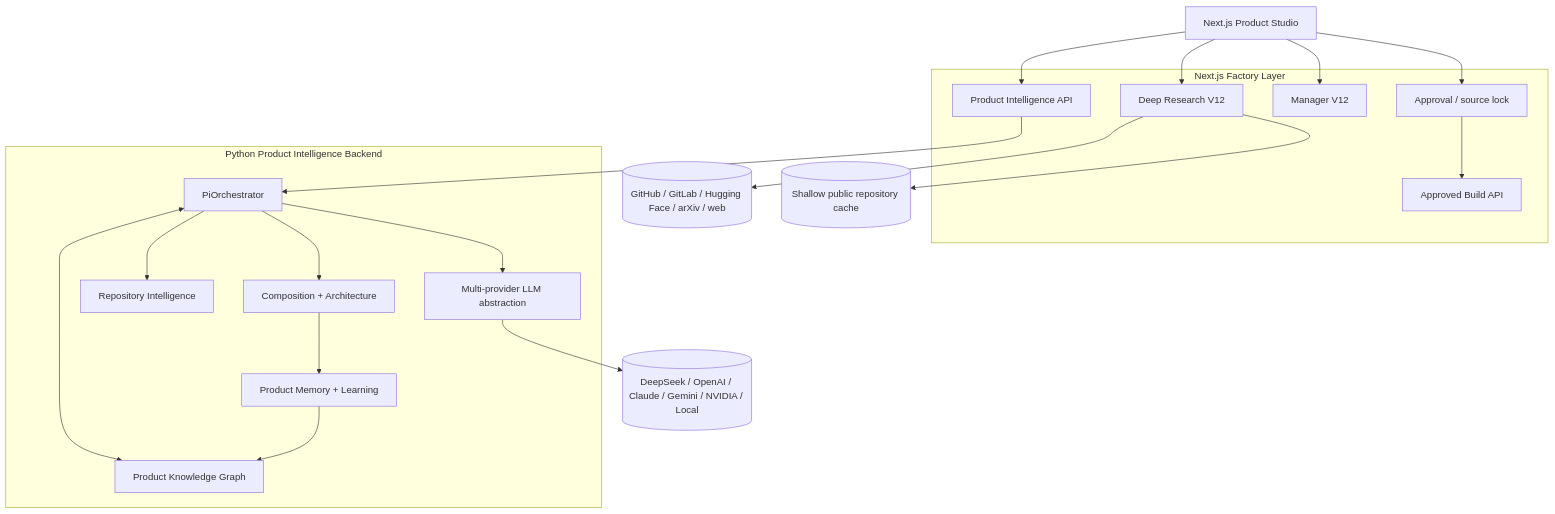
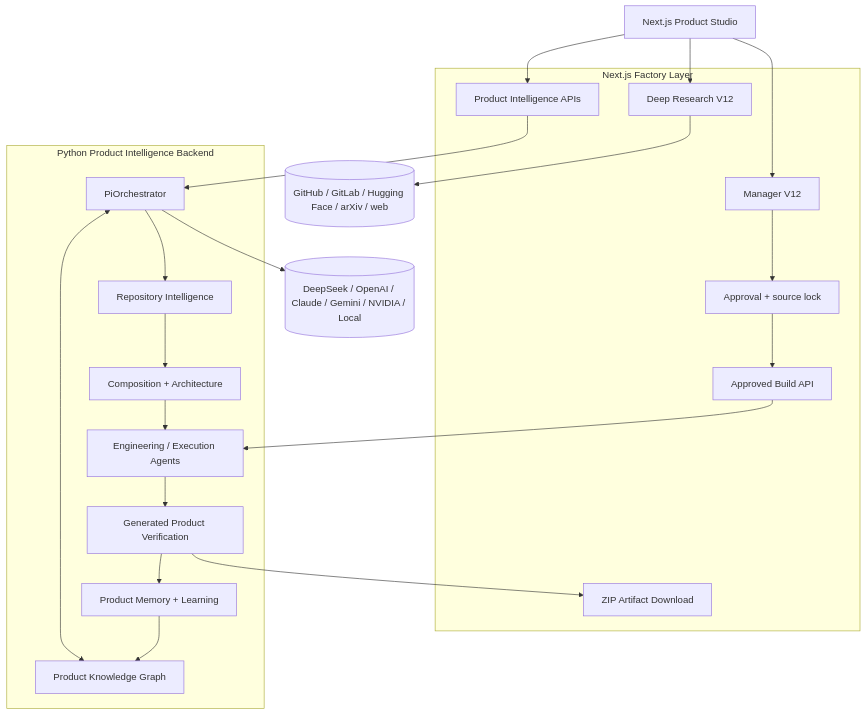
The second of 2 diagrams in README.md (logeshv586-code/AIproductfactory), drawn with Mermaid before and after one commit. The commit also changed other lines of this file and 25 other files, not shown here.

First line of the commit message:
Deliver runnable full-source Product Factory builds

````diff
--- a/README.md
+++ b/README.md
@@ -342,35 +280,36 @@
 ```mermaid
 flowchart TB
     UI[Next.js Product Studio]
 
     subgraph Next[Next.js Factory Layer]
-      PIProxy[Product Intelligence API]
+      PI[Product Intelligence APIs]
       Research[Deep Research V12]
       Manager[Manager V12]
-      Approval[Approval / source lock]
+      Approval[Approval + source lock]
       Build[Approved Build API]
+      Artifact[ZIP Artifact Download]
     end
 
     subgraph Python[Python Product Intelligence Backend]
-      Providers[Multi-provider LLM abstraction]
       Orchestrator[PiOrchestrator]
       Graph[Product Knowledge Graph]
       RepoIntel[Repository Intelligence]
       Compose[Composition + Architecture]
+      Engineer[Engineering / Execution Agents]
+      Verify[Generated Product Verification]
       Memory[Product Memory + Learning]
     end
 
-    PublicSources[(GitHub / GitLab / Hugging Face / arXiv / web)]
-    LocalClone[(Shallow public repository cache)]
+    Public[(GitHub / GitLab / Hugging Face / arXiv / web)]
     Models[(DeepSeek / OpenAI / Claude / Gemini / NVIDIA / Local)]
 
-    UI --> PIProxy --> Orchestrator
-    UI --> Research --> PublicSources
-    Research --> LocalClone
-    UI --> Manager
-    UI --> Approval --> Build
-    Orchestrator --> Providers --> Models
+    UI --> PI --> Orchestrator
+    UI --> Research --> Public
+    UI --> Manager --> Approval --> Build
+    Build --> Engineer --> Verify --> Artifact
     Orchestrator <--> Graph
-    Orchestrator --> RepoIntel
-    Orchestrator --> Compose --> Memory --> Graph
+    Orchestrator --> RepoIntel --> Compose
+    Compose --> Engineer
+    Orchestrator --> Models
+    Verify --> Memory --> Graph
 ```
````
